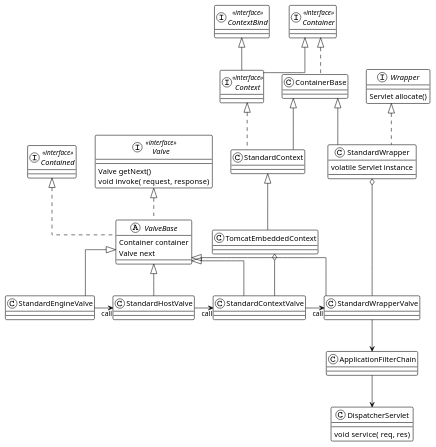
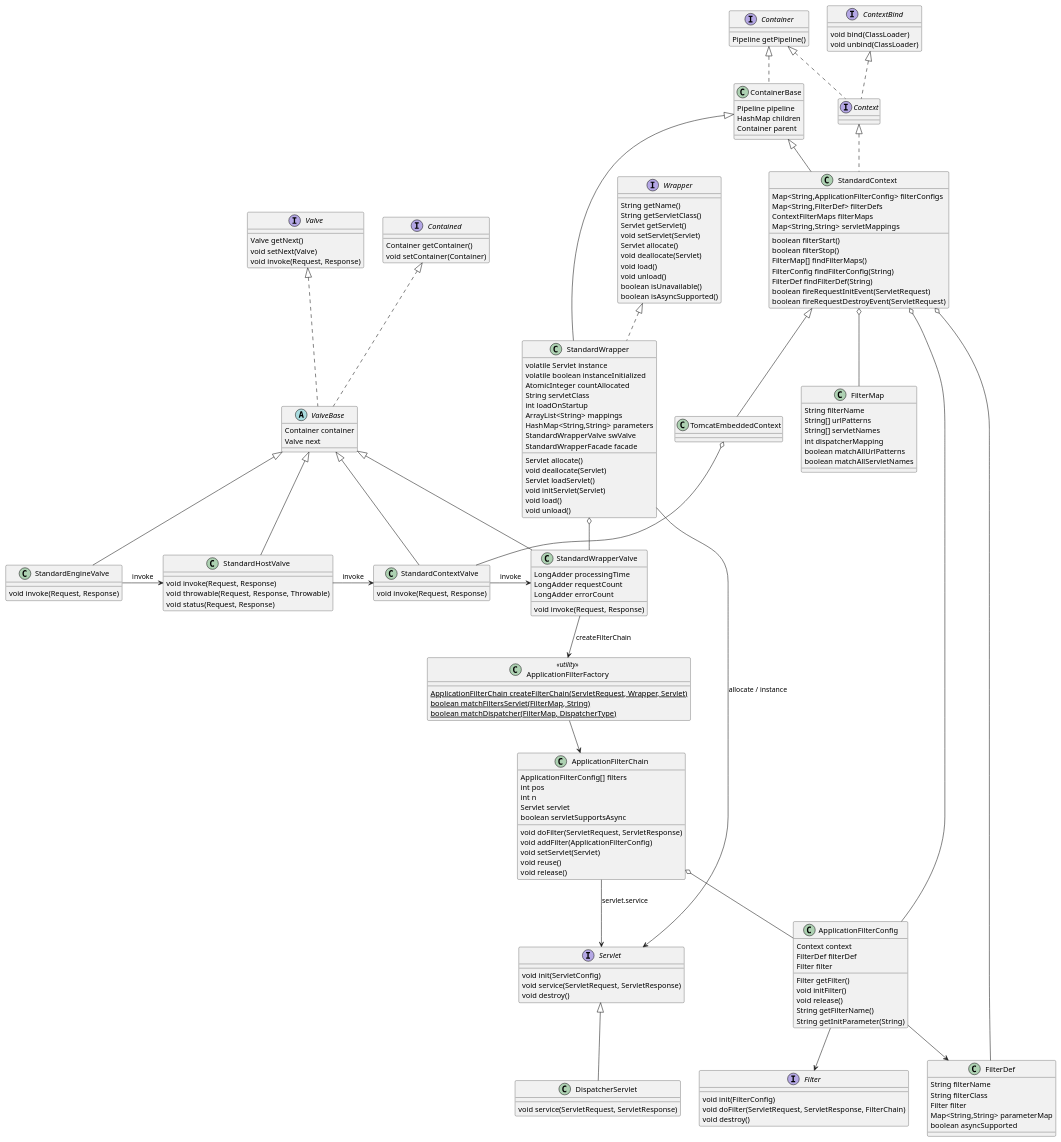
One commit to kevinwang930/kevinwang930.github.io changed the fourth of 8 diagrams in content/post/java/tomcat.md. Above: the diagram before and after it, drawn with PlantUML. The commit also changed other lines of this file, not shown here.

````diff
--- a/content/post/java/tomcat.md
+++ b/content/post/java/tomcat.md
@@ -330,63 +332,212 @@
 ```plantuml
 @startuml
 
-!theme plain
+' parents above, subclasses below
 top to bottom direction
-skinparam linetype ortho
 
-interface Contained << interface >>
+interface Contained {
+    Container getContainer()
+    void setContainer(Container)
+}
 
-class StandardEngineValve extends ValveBase
-interface Valve << interface >> {
+interface Valve {
     Valve getNext()
-    void invoke( request,  response)
+    void setNext(Valve)
+    void invoke(Request, Response)
 }
-class ValveBase {
+
+abstract class ValveBase {
     Container container
     Valve next
 }
 
-class StandardHostValve extends ValveBase
+class StandardEngineValve {
+    void invoke(Request, Response)
+}
 
-abstract class ValveBase implements Contained, Valve
+class StandardHostValve {
+    void invoke(Request, Response)
+    void throwable(Request, Response, Throwable)
+    void status(Request, Response)
+}
 
+class StandardContextValve {
+    void invoke(Request, Response)
+}
 
-interface Container << interface >> 
-class ContainerBase implements Container
-interface Context << interface >> extends Container, ContextBind 
-interface ContextBind << interface >>
-class StandardContext extends ContainerBase implements Context
-class TomcatEmbeddedContext  extends StandardContext
-            
-class StandardContextValve extends ValveBase
+class StandardWrapperValve {
+    LongAdder processingTime
+    LongAdder requestCount
+    LongAdder errorCount
+    void invoke(Request, Response)
+}
+
+interface Container {
+    Pipeline getPipeline()
+}
+
+class ContainerBase {
+    Pipeline pipeline
+    HashMap children
+    Container parent
+}
+
+interface ContextBind {
+    void bind(ClassLoader)
+    void unbind(ClassLoader)
+}
+
+interface Context {
+}
+
+class StandardContext {
+    Map<String,ApplicationFilterConfig> filterConfigs
+    Map<String,FilterDef> filterDefs
+    ContextFilterMaps filterMaps
+    Map<String,String> servletMappings
+    boolean filterStart()
+    boolean filterStop()
+    FilterMap[] findFilterMaps()
+    FilterConfig findFilterConfig(String)
+    FilterDef findFilterDef(String)
+    boolean fireRequestInitEvent(ServletRequest)
+    boolean fireRequestDestroyEvent(ServletRequest)
+}
+
+class TomcatEmbeddedContext
 
 interface Wrapper {
+    String getName()
+    String getServletClass()
+    Servlet getServlet()
+    void setServlet(Servlet)
     Servlet allocate()
-}
-class StandardWrapper extends ContainerBase implements Wrapper {
-    volatile Servlet instance
+    void deallocate(Servlet)
+    void load()
+    void unload()
+    boolean isUnavailable()
+    boolean isAsyncSupported()
 }
 
-class StandardWrapperValve extends ValveBase  
+class StandardWrapper {
+    volatile Servlet instance
+    volatile boolean instanceInitialized
+    AtomicInteger countAllocated
+    String servletClass
+    int loadOnStartup
+    ArrayList<String> mappings
+    HashMap<String,String> parameters
+    StandardWrapperValve swValve
+    StandardWrapperFacade facade
+    Servlet allocate()
+    void deallocate(Servlet)
+    Servlet loadServlet()
+    void initServlet(Servlet)
+    void load()
+    void unload()
+}
 
-class ApplicationFilterChain 
+class ApplicationFilterFactory << utility >> {
+    {static} ApplicationFilterChain createFilterChain(ServletRequest, Wrapper, Servlet)
+    {static} boolean matchFiltersServlet(FilterMap, String)
+    {static} boolean matchDispatcher(FilterMap, DispatcherType)
+}
+
+class ApplicationFilterChain {
+    ApplicationFilterConfig[] filters
+    int pos
+    int n
+    Servlet servlet
+    boolean servletSupportsAsync
+    void doFilter(ServletRequest, ServletResponse)
+    void addFilter(ApplicationFilterConfig)
+    void setServlet(Servlet)
+    void reuse()
+    void release()
+}
+
+class ApplicationFilterConfig {
+    Context context
+    FilterDef filterDef
+    Filter filter
+    Filter getFilter()
+    void initFilter()
+    void release()
+    String getFilterName()
+    String getInitParameter(String)
+}
+
+class FilterDef {
+    String filterName
+    String filterClass
+    Filter filter
+    Map<String,String> parameterMap
+    boolean asyncSupported
+}
+
+class FilterMap {
+    String filterName
+    String[] urlPatterns
+    String[] servletNames
+    int dispatcherMapping
+    boolean matchAllUrlPatterns
+    boolean matchAllServletNames
+}
+
+interface Filter {
+    void init(FilterConfig)
+    void doFilter(ServletRequest, ServletResponse, FilterChain)
+    void destroy()
+}
+
+interface Servlet {
+    void init(ServletConfig)
+    void service(ServletRequest, ServletResponse)
+    void destroy()
+}
 
 class DispatcherServlet {
-    void service( req,  res) 
+    void service(ServletRequest, ServletResponse)
 }
-      
-StandardEngineValve -right->StandardHostValve: call
 
-StandardHostValve -right-> StandardContextValve:call
+' inheritance: parent on top, child below
+ValveBase .up.|> Contained
+ValveBase .up.|> Valve
+StandardEngineValve -up-|> ValveBase
+StandardHostValve -up-|> ValveBase
+StandardContextValve -up-|> ValveBase
+StandardWrapperValve -up-|> ValveBase
+
+ContainerBase .up.|> Container
+Context .up.|> Container
+Context .up.|> ContextBind
+StandardContext -up-|> ContainerBase
+StandardContext .up.|> Context
+TomcatEmbeddedContext -up-|> StandardContext
+StandardWrapper -up-|> ContainerBase
+StandardWrapper .up.|> Wrapper
+DispatcherServlet -up-|> Servlet
+
+' invoke chain left -> right among concrete valves
+StandardEngineValve -right-> StandardHostValve : invoke
+StandardHostValve -right-> StandardContextValve : invoke
+StandardContextValve -right-> StandardWrapperValve : invoke
+StandardEngineValve -[hidden]right-> StandardHostValve
+StandardHostValve -[hidden]right-> StandardContextValve
+StandardContextValve -[hidden]right-> StandardWrapperValve
 
 TomcatEmbeddedContext o-- StandardContextValve
-
-StandardContextValve -right-> StandardWrapperValve: call     
-
 StandardWrapper o-- StandardWrapperValve
-
-StandardWrapperValve --> ApplicationFilterChain
-ApplicationFilterChain --> DispatcherServlet
+StandardWrapperValve --> ApplicationFilterFactory : createFilterChain
+ApplicationFilterFactory --> ApplicationFilterChain
+StandardContext o-- ApplicationFilterConfig
+StandardContext o-- FilterDef
+StandardContext o-- FilterMap
+ApplicationFilterConfig --> FilterDef
+ApplicationFilterConfig --> Filter
+ApplicationFilterChain o-- ApplicationFilterConfig
+StandardWrapper --> Servlet : allocate / instance
+ApplicationFilterChain --> Servlet : servlet.service
 
 @enduml
 
````
